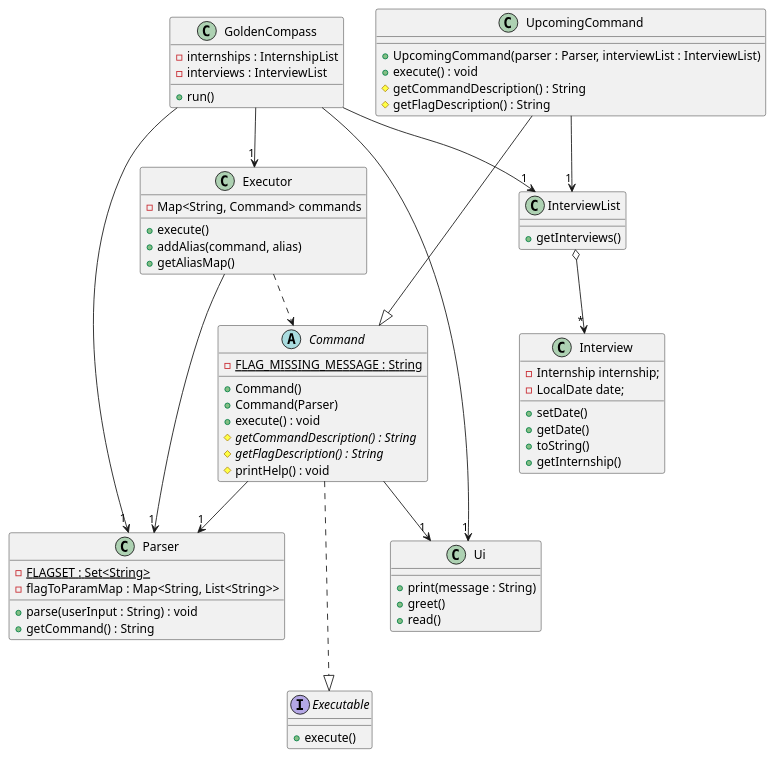
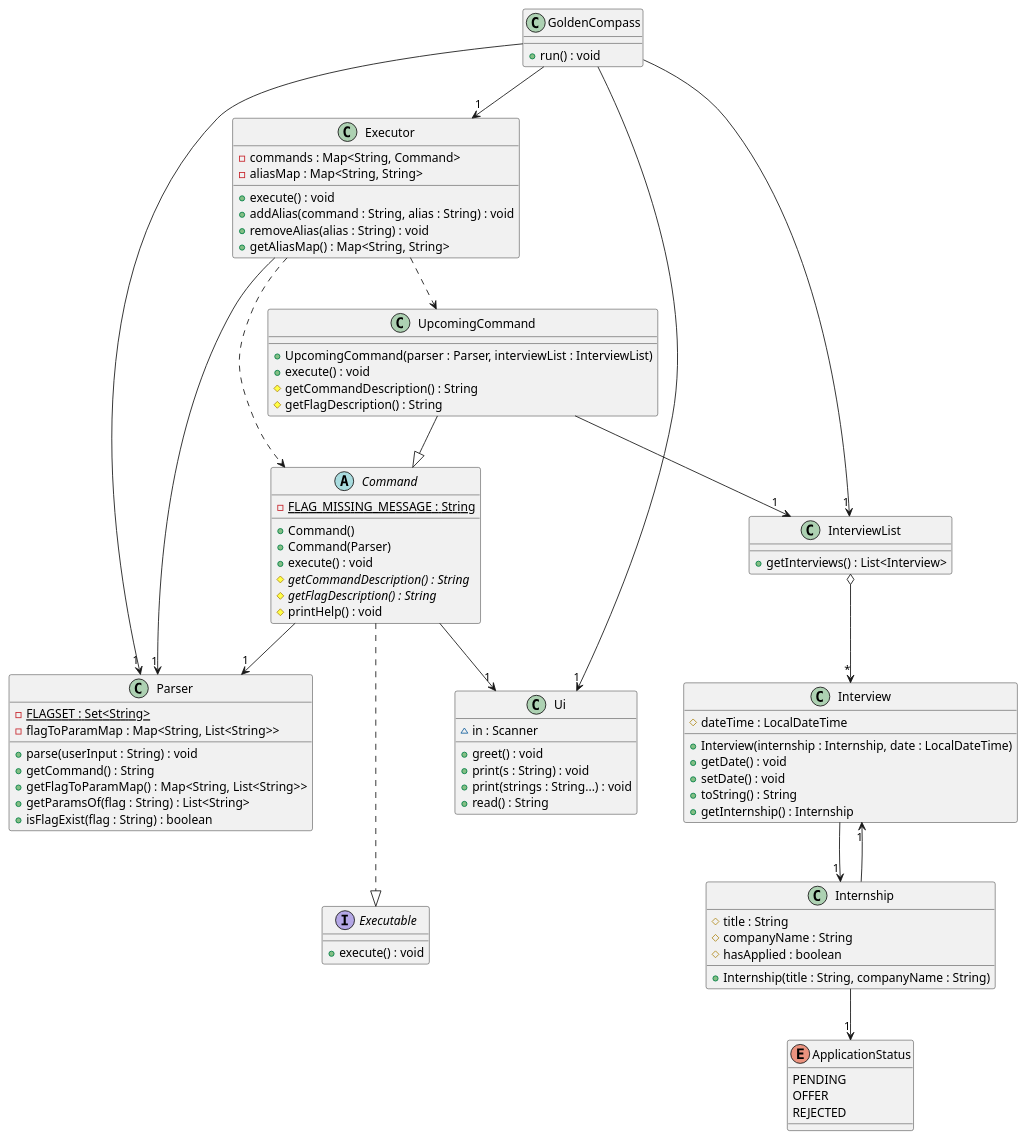
The diagram in docs/diagrams/UpcomingCommandClassDiagram.puml (Yian123330/tp), drawn with PlantUML before and after one commit. The commit also changed 8 other files, not shown here.

```diff
--- a/docs/diagrams/UpcomingCommandClassDiagram.puml
+++ b/docs/diagrams/UpcomingCommandClassDiagram.puml
@@ -1,80 +1,104 @@
 @startuml
 
 class GoldenCompass {
-    - internships : InternshipList
-    - interviews : InterviewList
-    + run()
+    + run() : void
 }
 
 class Executor {
-    - Map<String, Command> commands
-    + execute()
-    + addAlias(command, alias)
-    + getAliasMap()
+    - commands : Map<String, Command>
+    - aliasMap : Map<String, String>
+    + execute() : void
+    + addAlias(command : String, alias : String) : void
+    + removeAlias(alias : String) : void
+    + getAliasMap() : Map<String, String>
 }
 
 interface Executable {
-    + execute()
+    + execute() : void
 }
 
 abstract class Command {
     - <u>FLAG_MISSING_MESSAGE : String
     + Command()
     + Command(Parser)
     + execute() : void
     # getCommandDescription() : String {abstract}
     # getFlagDescription() : String {abstract}
     # printHelp() : void
 }
 
 class UpcomingCommand {
     + UpcomingCommand(parser : Parser, interviewList : InterviewList)
     + execute() : void
     # getCommandDescription() : String
     # getFlagDescription() : String
 }
 
 class InterviewList {
-    + getInterviews()
+    + getInterviews() : List<Interview>
 }
 
 class Interview {
-    - Internship internship;
-    - LocalDate date;
-    + setDate()
-    + getDate()
-    + toString()
-    + getInternship()
+    # dateTime : LocalDateTime
+    + Interview(internship : Internship, date : LocalDateTime)
+    + getDate() : void
+    + setDate() : void
+    + toString() : String
+    + getInternship() : Internship
+}
+
+class Internship {
+    # title : String
+    # companyName : String
+    # hasApplied : boolean
+    + Internship(title : String, companyName : String)
+}
+
+enum ApplicationStatus {
+    PENDING
+    OFFER
+    REJECTED
 }
 
 class Ui {
-    + print(message : String)
-    + greet()
-    + read()
+    ~ in : Scanner
+    + greet() : void
+    + print(s : String) : void
+    + print(strings : String...) : void
+    + read() : String
 }
 
 class Parser {
     - <u>FLAGSET : Set<String>
     - flagToParamMap : Map<String, List<String>>
     + parse(userInput : String) : void
     + getCommand() : String
+    + getFlagToParamMap() : Map<String, List<String>>
+    + getParamsOf(flag : String) : List<String>
+    + isFlagExist(flag : String) : boolean
 }
 
 GoldenCompass --> "1" Executor
 GoldenCompass --> "1" InterviewList
 GoldenCompass --> "1" Ui
 GoldenCompass --> "1" Parser
 
+Interview --> "1" Internship
+
+Internship --> "1" Interview
+Internship --> "1" ApplicationStatus
+
 Executor -.> Command
+Executor -.> UpcomingCommand
 Executor --> "1" Parser
 
 Command --.|> Executable
 UpcomingCommand --|> Command
 
 UpcomingCommand --> "1" InterviewList
 InterviewList o--> "*" Interview
 
 Command --> "1" Ui
 Command --> "1" Parser
 
 @enduml
```
